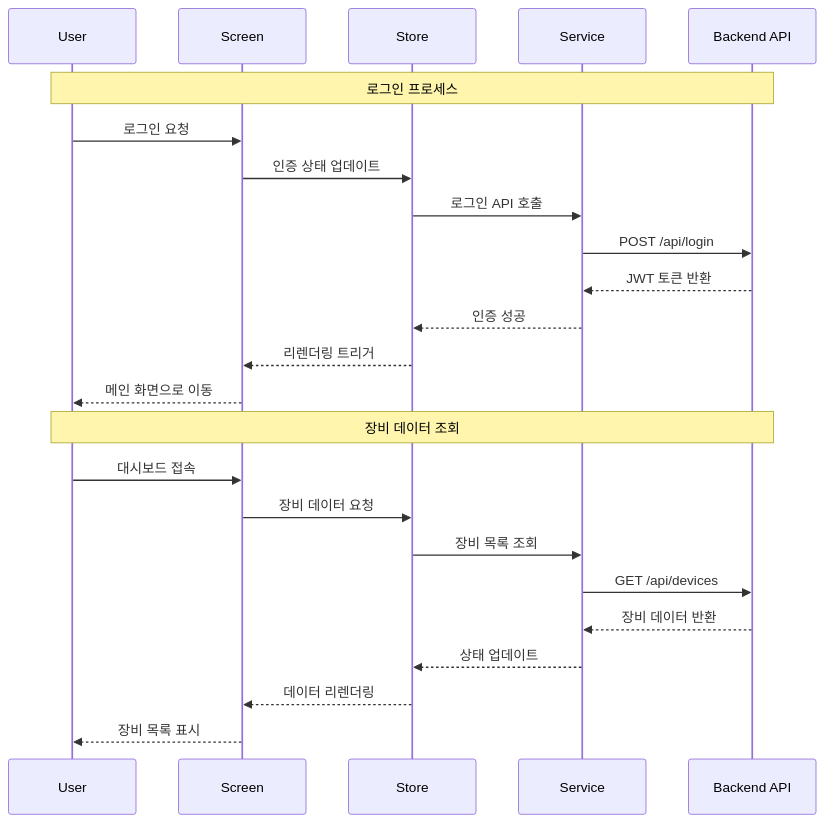
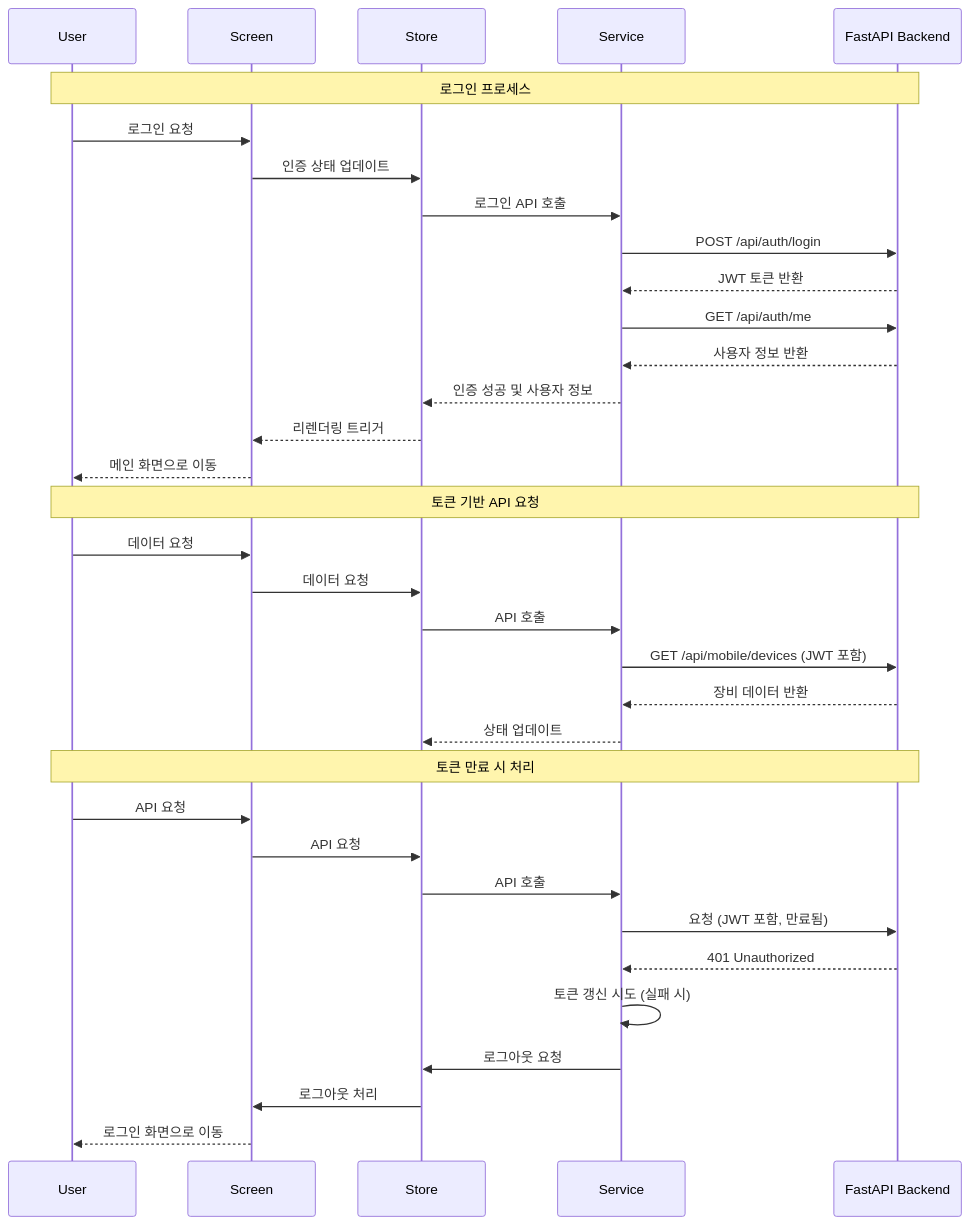
Before and after one commit to kimjuyoung1127/signalcraftapp: the fifth of 17 diagrams in docs/architecture.md, drawn with Mermaid. The commit also changed other lines of this file and 33 other files, not shown here.

````diff
--- a/docs/architecture.md
+++ b/docs/architecture.md
@@ -118,28 +198,39 @@
 ```mermaid
 sequenceDiagram
     participant U as User
     participant S as Screen
     participant ST as Store
     participant SV as Service
-    participant API as Backend API
-    
+    participant API as FastAPI Backend
+
     Note over U,API: 로그인 프로세스
     U->>S: 로그인 요청
     S->>ST: 인증 상태 업데이트
     ST->>SV: 로그인 API 호출
-    SV->>API: POST /api/login
+    SV->>API: POST /api/auth/login
     API-->>SV: JWT 토큰 반환
-    SV-->>ST: 인증 성공
+    SV->>API: GET /api/auth/me
+    API-->>SV: 사용자 정보 반환
+    SV-->>ST: 인증 성공 및 사용자 정보
     ST-->>S: 리렌더링 트리거
     S-->>U: 메인 화면으로 이동
-    
-    Note over U,API: 장비 데이터 조회
-    U->>S: 대시보드 접속
-    S->>ST: 장비 데이터 요청
-    ST->>SV: 장비 목록 조회
-    SV->>API: GET /api/devices
+
+    Note over U,API: 토큰 기반 API 요청
+    U->>S: 데이터 요청
+    S->>ST: 데이터 요청
+    ST->>SV: API 호출
+    SV->>API: GET /api/mobile/devices (JWT 포함)
     API-->>SV: 장비 데이터 반환
     SV-->>ST: 상태 업데이트
-    ST-->>S: 데이터 리렌더링
-    S-->>U: 장비 목록 표시
+
+    Note over U,API: 토큰 만료 시 처리
+    U->>S: API 요청
+    S->>ST: API 요청
+    ST->>SV: API 호출
+    SV->>API: 요청 (JWT 포함, 만료됨)
+    API-->>SV: 401 Unauthorized
+    SV->>SV: 토큰 갱신 시도 (실패 시)
+    SV->>ST: 로그아웃 요청
+    ST->>S: 로그아웃 처리
+    S-->>U: 로그인 화면으로 이동
 ```
````
